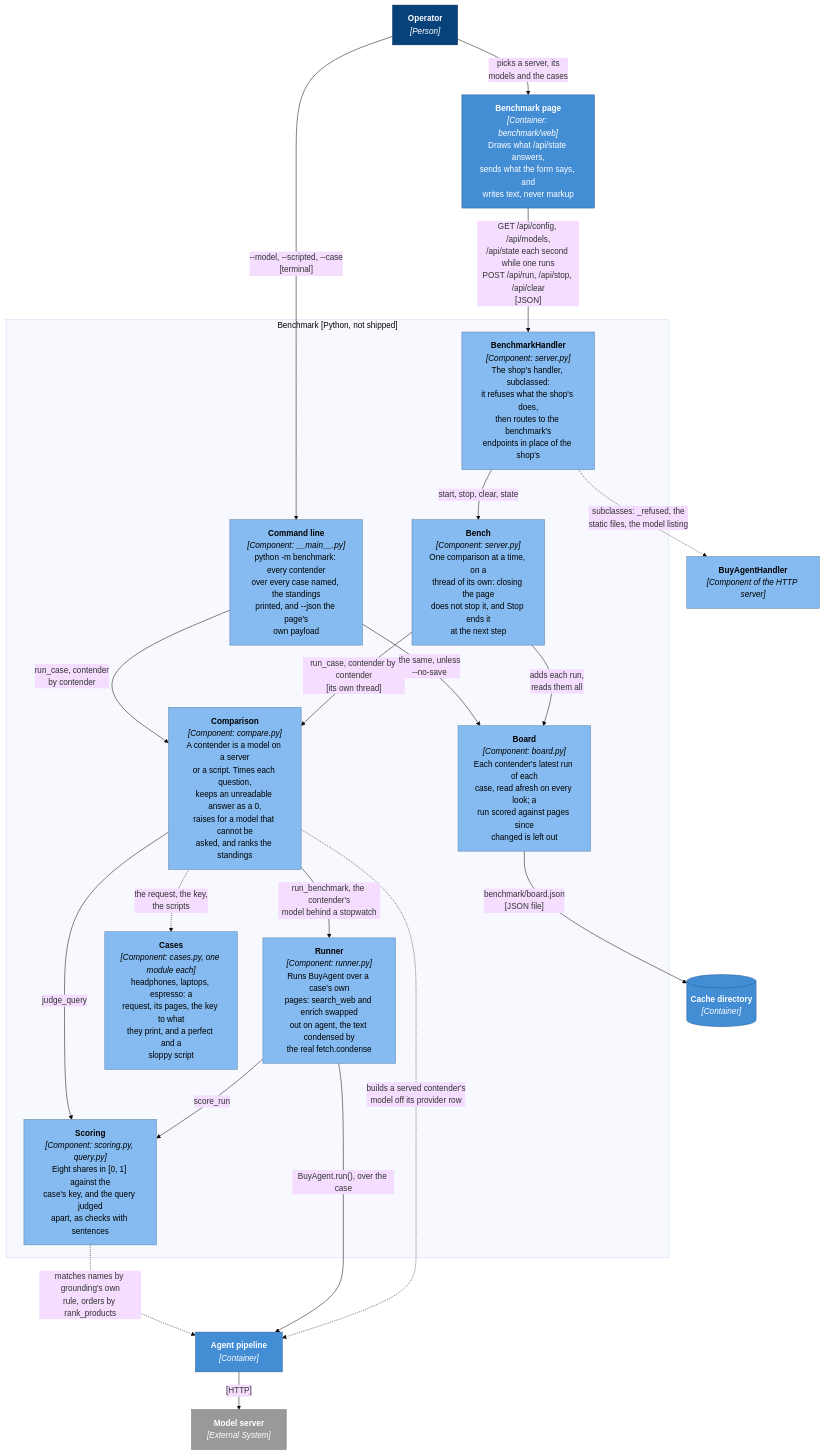
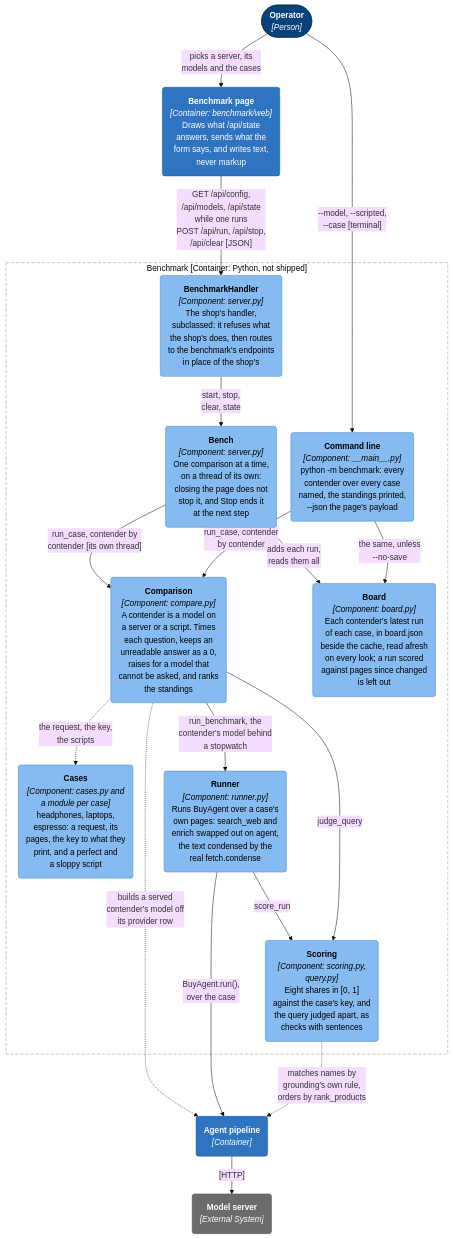
One commit to adamw7/buy_agent changed the tenth of 11 diagrams in docs/architecture.md. Above: the diagram before and after it, drawn with Mermaid (base theme). The commit also changed other lines of this file, not shown here.

````diff
--- a/docs/architecture.md
+++ b/docs/architecture.md
@@ -370,49 +550,53 @@
 ```mermaid
+---
+config:
+  flowchart:
+    wrappingWidth: 400
+    nodeSpacing: 28
+    rankSpacing: 50
+---
 graph TB
-    operator["<b>Operator</b><br/><i>[Person]</i>"]
-    benchpage["<b>Benchmark page</b><br/><i>[Container: benchmark/web]</i><br/>Draws what /api/state answers,<br/>sends what the form says, and<br/>writes text, never markup"]
+    operator(["<b>Operator</b><br/><i>[Person]</i>"])
+    benchpage("<b>Benchmark page</b><br/><i>[Container: benchmark/web]</i><br/>Draws what /api/state<br/>answers, sends what the<br/>form says, and writes text,<br/>never markup")
 
-    subgraph benchmark["Benchmark [Python, not shipped]"]
-        commandline["<b>Command line</b><br/><i>[Component: __main__.py]</i><br/>python -m benchmark: every contender<br/>over every case named, the standings<br/>printed, and --json the page's<br/>own payload"]
-        handler["<b>BenchmarkHandler</b><br/><i>[Component: server.py]</i><br/>The shop's handler, subclassed:<br/>it refuses what the shop's does,<br/>then routes to the benchmark's<br/>endpoints in place of the shop's"]
-        bench["<b>Bench</b><br/><i>[Component: server.py]</i><br/>One comparison at a time, on a<br/>thread of its own: closing the page<br/>does not stop it, and Stop ends it<br/>at the next step"]
-        compare["<b>Comparison</b><br/><i>[Component: compare.py]</i><br/>A contender is a model on a server<br/>or a script. Times each question,<br/>keeps an unreadable answer as a 0,<br/>raises for a model that cannot be<br/>asked, and ranks the standings"]
-        runner["<b>Runner</b><br/><i>[Component: runner.py]</i><br/>Runs BuyAgent over a case's own<br/>pages: search_web and enrich swapped<br/>out on agent, the text condensed by<br/>the real fetch.condense"]
-        cases["<b>Cases</b><br/><i>[Component: cases.py, one module each]</i><br/>headphones, laptops, espresso: a<br/>request, its pages, the key to what<br/>they print, and a perfect and a<br/>sloppy script"]
-        scoring["<b>Scoring</b><br/><i>[Component: scoring.py, query.py]</i><br/>Eight shares in [0, 1] against the<br/>case's key, and the query judged<br/>apart, as checks with sentences"]
-        board["<b>Board</b><br/><i>[Component: board.py]</i><br/>Each contender's latest run of each<br/>case, read afresh on every look; a<br/>run scored against pages since<br/>changed is left out"]
+    subgraph benchmark["Benchmark [Container: Python, not shipped]"]
+        commandline("<b>Command line</b><br/><i>[Component: __main__.py]</i><br/>python -m benchmark: every<br/>contender over every case<br/>named, the standings printed,<br/>--json the page's payload")
+        handler("<b>BenchmarkHandler</b><br/><i>[Component: server.py]</i><br/>The shop's handler,<br/>subclassed: it refuses what<br/>the shop's does, then routes<br/>to the benchmark's endpoints<br/>in place of the shop's")
+        bench("<b>Bench</b><br/><i>[Component: server.py]</i><br/>One comparison at a time,<br/>on a thread of its own:<br/>closing the page does not<br/>stop it, and Stop ends it<br/>at the next step")
+        compare("<b>Comparison</b><br/><i>[Component: compare.py]</i><br/>A contender is a model on<br/>a server or a script. Times<br/>each question, keeps an<br/>unreadable answer as a 0,<br/>raises for a model that<br/>cannot be asked, and ranks<br/>the standings")
+        cases("<b>Cases</b><br/><i>[Component: cases.py and<br/>a module per case]</i><br/>headphones, laptops,<br/>espresso: a request, its<br/>pages, the key to what they<br/>print, and a perfect and<br/>a sloppy script")
+        runner("<b>Runner</b><br/><i>[Component: runner.py]</i><br/>Runs BuyAgent over a case's<br/>own pages: search_web and<br/>enrich swapped out on agent,<br/>the text condensed by the<br/>real fetch.condense")
+        scoring("<b>Scoring</b><br/><i>[Component: scoring.py,<br/>query.py]</i><br/>Eight shares in [0, 1]<br/>against the case's key, and<br/>the query judged apart, as<br/>checks with sentences")
+        board("<b>Board</b><br/><i>[Component: board.py]</i><br/>Each contender's latest run<br/>of each case, in board.json<br/>beside the cache, read afresh<br/>on every look; a run scored<br/>against pages since changed<br/>is left out")
     end
 
-    shophandler["<b>BuyAgentHandler</b><br/><i>[Component of the HTTP server]</i>"]
-    pipeline["<b>Agent pipeline</b><br/><i>[Container]</i>"]
-    store[("<b>Cache directory</b><br/><i>[Container]</i>")]
-    ollama["<b>Model server</b><br/><i>[External System]</i>"]
+    pipeline("<b>Agent pipeline</b><br/><i>[Container]</i>")
+    ollama("<b>Model server</b><br/><i>[External System]</i>")
 
     operator -->|"picks a server, its<br/>models and the cases"| benchpage
-    operator -->|"--model, --scripted, --case<br/>[terminal]"| commandline
-    benchpage -->|"GET /api/config, /api/models,<br/>/api/state each second while one runs<br/>POST /api/run, /api/stop, /api/clear<br/>[JSON]"| handler
-    handler -.->|"subclasses: _refused, the<br/>static files, the model listing"| shophandler
-    handler -->|"start, stop, clear, state"| bench
-    bench -->|"run_case, contender by contender<br/>[its own thread]"| compare
+    operator -->|"--model, --scripted,<br/>--case [terminal]"| commandline
+    benchpage -->|"GET /api/config,<br/>/api/models, /api/state<br/>while one runs<br/>POST /api/run, /api/stop,<br/>/api/clear [JSON]"| handler
+    handler -->|"start, stop,<br/>clear, state"| bench
+    bench -->|"run_case, contender by<br/>contender [its own thread]"| compare
     commandline -->|"run_case, contender<br/>by contender"| compare
     compare -.->|"the request, the key,<br/>the scripts"| cases
-    compare -->|"run_benchmark, the contender's<br/>model behind a stopwatch"| runner
-    compare -.->|"builds a served contender's<br/>model off its provider row"| pipeline
-    runner -->|"BuyAgent.run(), over the case"| pipeline
+    compare -->|"run_benchmark, the<br/>contender's model behind<br/>a stopwatch"| runner
+    compare -.->|"builds a served<br/>contender's model off<br/>its provider row"| pipeline
+    runner -->|"BuyAgent.run(),<br/>over the case"| pipeline
     runner -->|"score_run"| scoring
     compare -->|"judge_query"| scoring
-    scoring -.->|"matches names by grounding's own<br/>rule, orders by rank_products"| pipeline
+    scoring -.->|"matches names by<br/>grounding's own rule,<br/>orders by rank_products"| pipeline
     bench -->|"adds each run,<br/>reads them all"| board
     commandline -->|"the same, unless<br/>--no-save"| board
-    board -->|"benchmark/board.json<br/>[JSON file]"| store
     pipeline -->|"[HTTP]"| ollama
 
     classDef person fill:#08427b,stroke:#052e56,color:#fff
-    classDef container fill:#438dd5,stroke:#2e6295,color:#fff
-    classDef component fill:#85bbf0,stroke:#5d82a8,color:#000
-    classDef external fill:#999,stroke:#6b6b6b,color:#fff
+    classDef container fill:#2e74c0,stroke:#1d5390,color:#fff
+    classDef component fill:#85bbf0,stroke:#4f86c0,color:#000
+    classDef external fill:#6b6b6b,stroke:#4d4d4d,color:#fff
     class operator person
-    class benchpage,pipeline,store container
-    class commandline,handler,bench,compare,runner,cases,scoring,board,shophandler component
+    class benchpage,pipeline container
+    class commandline,handler,bench,compare,runner,cases,scoring,board component
     class ollama external
+    style benchmark fill:none,stroke:#8c8c8c,stroke-width:1px,stroke-dasharray:6 4
 ```
````
